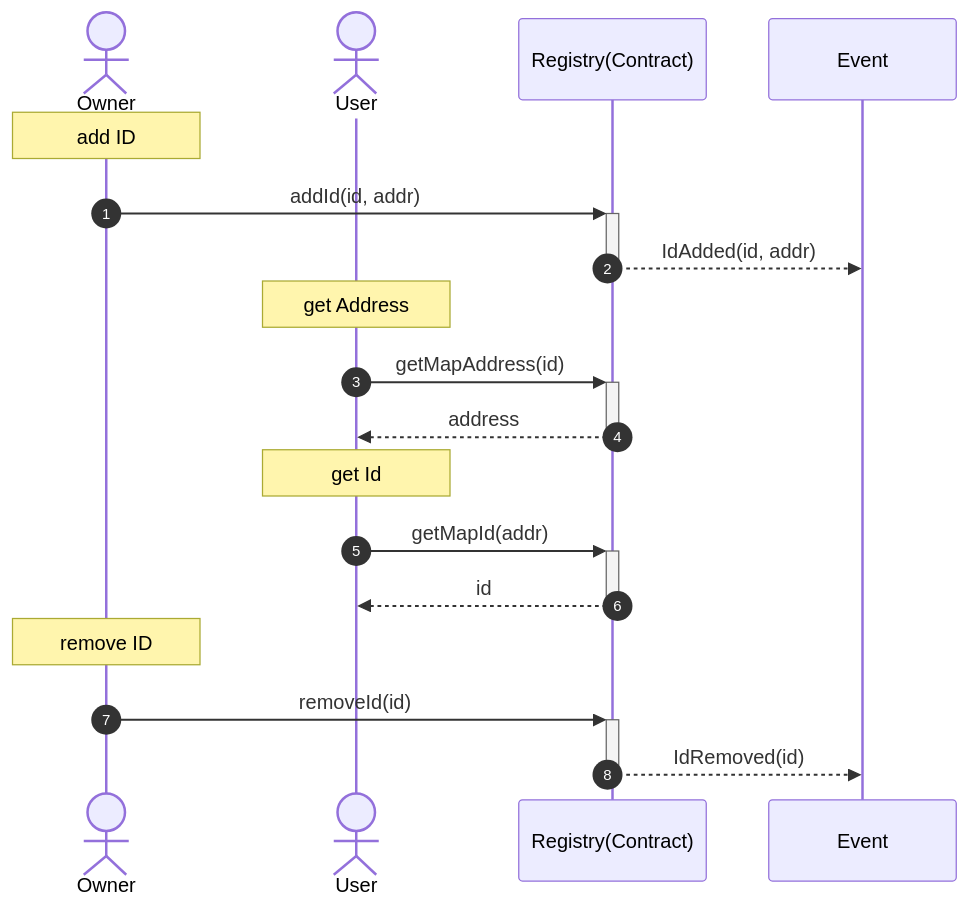
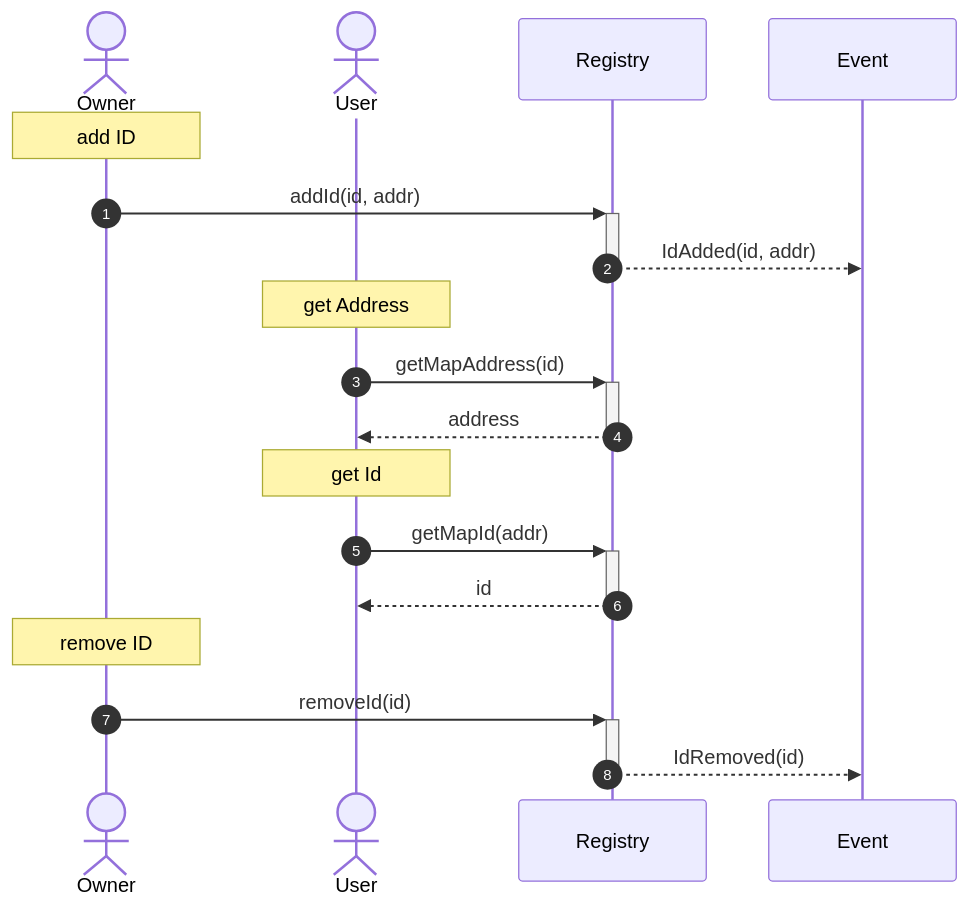
The second of 6 diagrams in README.md (mahiroaug/ParkingPayment), drawn with Mermaid before and after one commit. The commit also changed other lines of this file and 4 other files, not shown here.

````diff
--- a/README.md
+++ b/README.md
@@ -104,21 +109,21 @@
 ```mermaid
 sequenceDiagram
   actor Owner as Owner
   actor User as User
-  participant NFCAddressRegistry as Registry(Contract)
+  participant NFCAddressRegistry as Registry
   participant Event as Event
 
   autonumber
   Note over Owner: add ID
   Owner ->>+ NFCAddressRegistry: addId(id, addr)
   NFCAddressRegistry -->>- Event: IdAdded(id, addr)
   Note over User: get Address
   User ->>+ NFCAddressRegistry: getMapAddress(id)
   NFCAddressRegistry -->>- User: address
   Note over User: get Id
   User ->>+ NFCAddressRegistry: getMapId(addr)
   NFCAddressRegistry -->>- User: id
   Note over Owner: remove ID
   Owner ->>+ NFCAddressRegistry: removeId(id)
   NFCAddressRegistry -->>- Event: IdRemoved(id)
 ```
````
